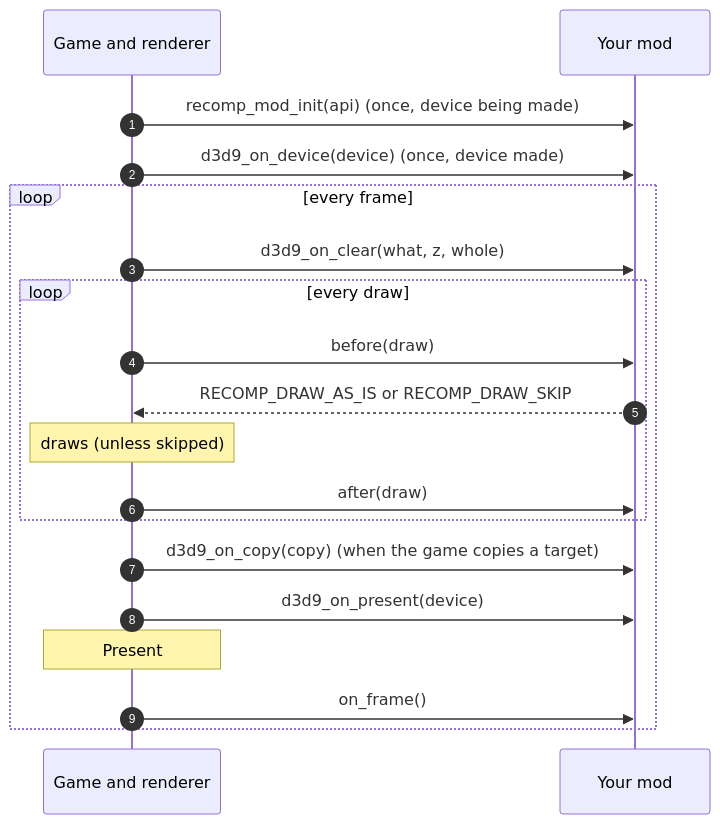
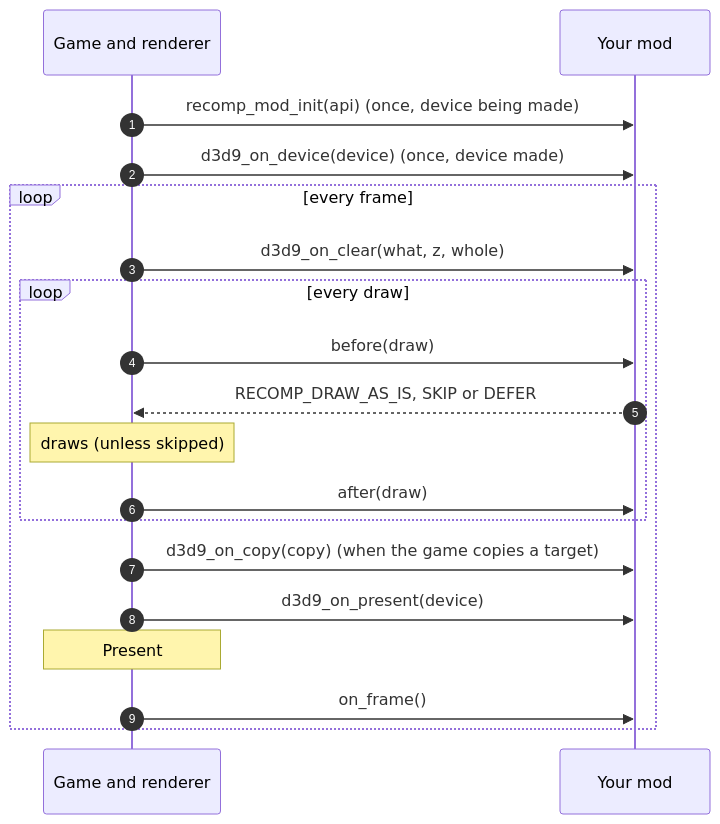
The third of 5 diagrams in docs/mods.md (bechapm/XboxXBERecomp-D3D9), drawn with Mermaid before and after one commit. The commit also changed other lines of this file and 2 other files, not shown here.

First line of the commit message:
Mods API v7: RECOMP_DRAW_DEFER, a draw made at the frame's end

````diff
--- a/docs/mods.md
+++ b/docs/mods.md
@@ -145,21 +146,21 @@
 ```mermaid
 sequenceDiagram
     autonumber
     participant G as Game and renderer
     participant M as Your mod
     G->>M: recomp_mod_init(api)  (once, device being made)
     G->>M: d3d9_on_device(device)  (once, device made)
     loop every frame
         G->>M: d3d9_on_clear(what, z, whole)
         loop every draw
             G->>M: before(draw)
-            M-->>G: RECOMP_DRAW_AS_IS or RECOMP_DRAW_SKIP
+            M-->>G: RECOMP_DRAW_AS_IS, SKIP or DEFER
             Note over G: draws (unless skipped)
             G->>M: after(draw)
         end
         G->>M: d3d9_on_copy(copy)  (when the game copies a target)
         G->>M: d3d9_on_present(device)
         Note over G: Present
         G->>M: on_frame()
     end
 ```
````
